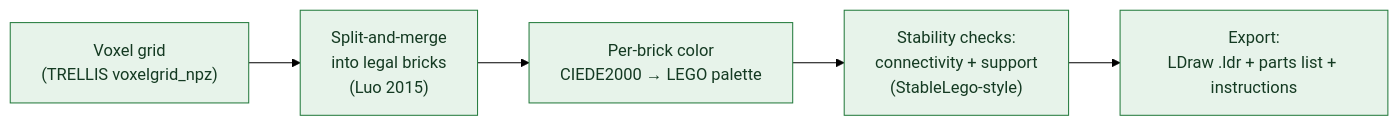
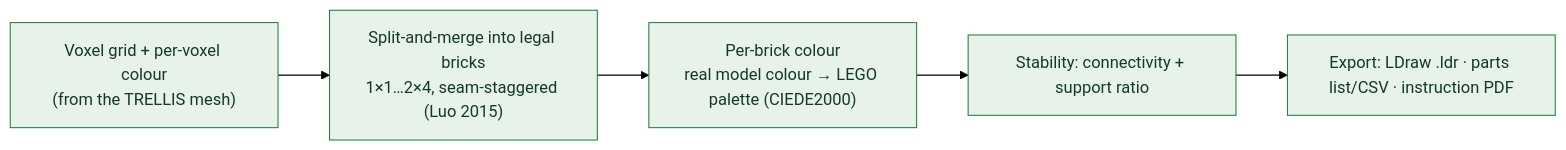
One commit to hi-em/genai-legoarch changed the third of 4 diagrams in docs/architecture.md. Above: the diagram before and after it, drawn with Mermaid (forest theme). The commit also changed other lines of this file and 31 other files, not shown here.

````diff
--- a/docs/architecture.md
+++ b/docs/architecture.md
@@ -105,8 +103,8 @@
 ```mermaid
 flowchart LR
-    V["Voxel grid<br/>(TRELLIS voxelgrid_npz)"]:::c --> B["Split-and-merge<br/>into legal bricks<br/>(Luo 2015)"]:::c
-    B --> C["Per-brick color<br/>CIEDE2000 → LEGO palette"]:::c
-    C --> S["Stability checks:<br/>connectivity + support<br/>(StableLego-style)"]:::c
-    S --> L["Export:<br/>LDraw .ldr + parts list + instructions"]:::c
+    V["Voxel grid + per-voxel colour<br/>(from the TRELLIS mesh)"]:::c --> B["Split-and-merge into legal bricks<br/>1×1…2×4, seam-staggered (Luo 2015)"]:::c
+    B --> C["Per-brick colour<br/>real model colour → LEGO palette (CIEDE2000)"]:::c
+    C --> S["Stability: connectivity + support ratio"]:::c
+    S --> L["Export: LDraw .ldr · parts list/CSV · instruction PDF"]:::c
     classDef c fill:#e7f3ea,stroke:#237a3c,color:#143a22;
 ```
````
